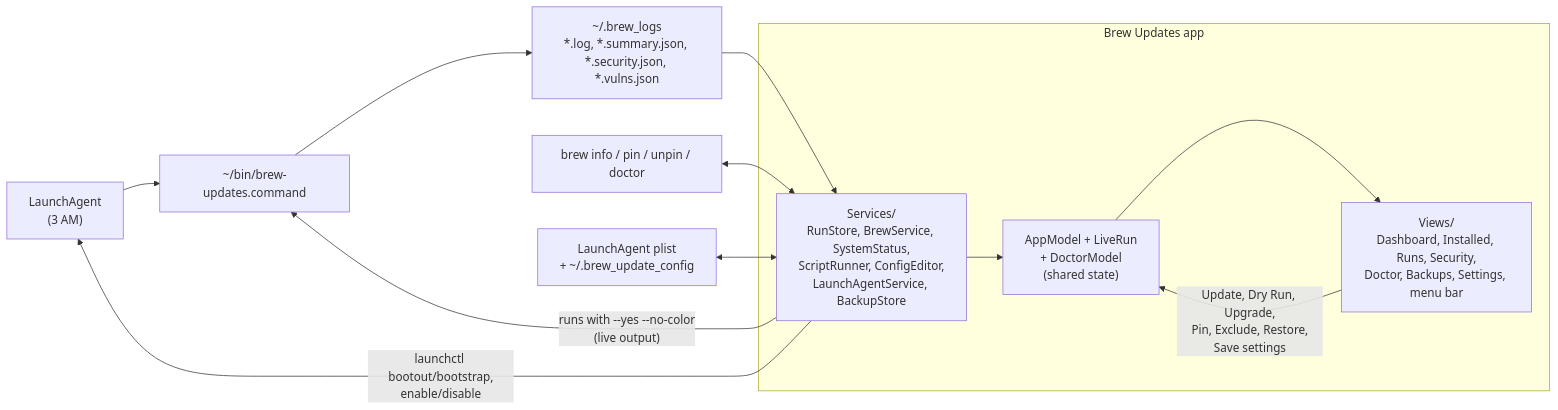
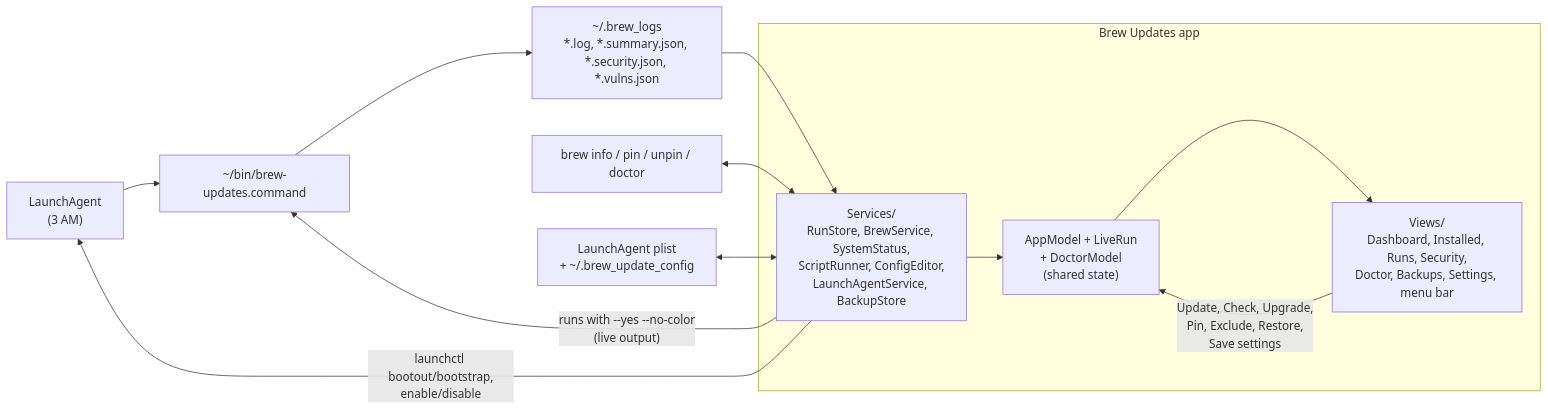
One commit to jxman/homebrew-update-assistant changed the diagram in app/GUIDE.md. Above: the diagram before and after it, drawn with Mermaid. The commit also changed other lines of this file and 20 other files, not shown here.

First line of the commit message:
feat: Check for Updates replaces Dry Run (script 2.6.0, app 1.3.0)

````diff
--- a/app/GUIDE.md
+++ b/app/GUIDE.md
@@ -20,15 +20,15 @@
 ```mermaid
 flowchart LR
     agent["LaunchAgent<br/>(3 AM)"] --> script["~/bin/brew-updates.command"]
     script --> logs["~/.brew_logs<br/>*.log, *.summary.json, *.security.json, *.vulns.json"]
     subgraph app["Brew Updates app"]
         services["Services/<br/>RunStore, BrewService, SystemStatus,<br/>ScriptRunner, ConfigEditor,<br/>LaunchAgentService, BackupStore"] --> model["AppModel + LiveRun<br/>+ DoctorModel<br/>(shared state)"]
         model --> views["Views/<br/>Dashboard, Installed, Runs, Security,<br/>Doctor, Backups, Settings, menu bar"]
-        views -- "Update, Dry Run, Upgrade,<br/>Pin, Exclude, Restore,<br/>Save settings" --> model
+        views -- "Update, Check, Upgrade,<br/>Pin, Exclude, Restore,<br/>Save settings" --> model
     end
     logs --> services
     brew["brew info / pin / unpin / doctor"] <--> services
     plist["LaunchAgent plist<br/>+ ~/.brew_update_config"] <--> services
     services -- "launchctl bootout/bootstrap,<br/>enable/disable" --> agent
     services -- "runs with --yes --no-color<br/>(live output)" --> script
 ```
````
